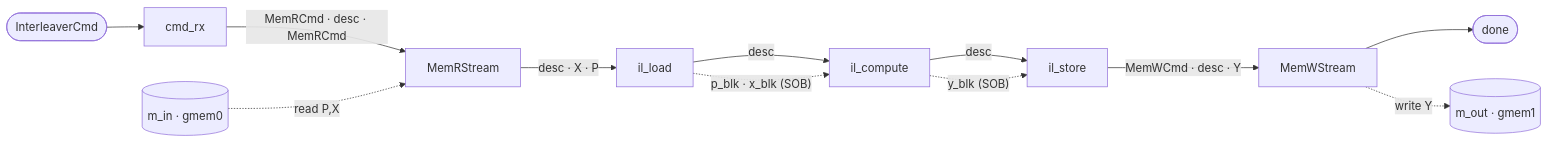
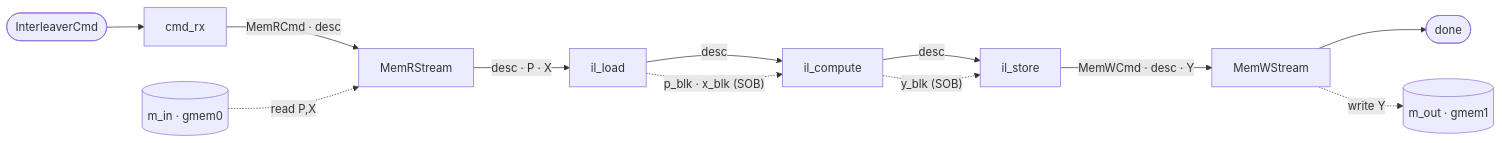
Before and after one commit to sdrangan/waveflow: the diagram in docs/examples/interleaver/interleaver.md, drawn with Mermaid. The commit also changed other lines of this file and 6 other files, not shown here.

````diff
--- a/docs/examples/interleaver/interleaver.md
+++ b/docs/examples/interleaver/interleaver.md
@@ -86,14 +92,14 @@
 ```mermaid
 flowchart LR
   cmd([InterleaverCmd]) --> RX[cmd_rx]
-  RX -->|"MemRCmd · desc · MemRCmd"| MR[MemRStream]
-  MR -->|"desc · X · P"| LD[il_load]
+  RX -->|"MemRCmd · desc"| MR[MemRStream]
+  MR -->|"desc · P · X"| LD[il_load]
   LD -->|desc| CP[il_compute]
   CP -->|desc| ST[il_store]
   ST -->|"MemWCmd · desc · Y"| MW[MemWStream]
   MW --> done([done])
   LD -.->|"p_blk · x_blk (SOB)"| CP
   CP -.->|"y_blk (SOB)"| ST
   gmem0[("m_in · gmem0")] -. read P,X .-> MR
   MW -. write Y .-> gmem1[("m_out · gmem1")]
 ```
````
